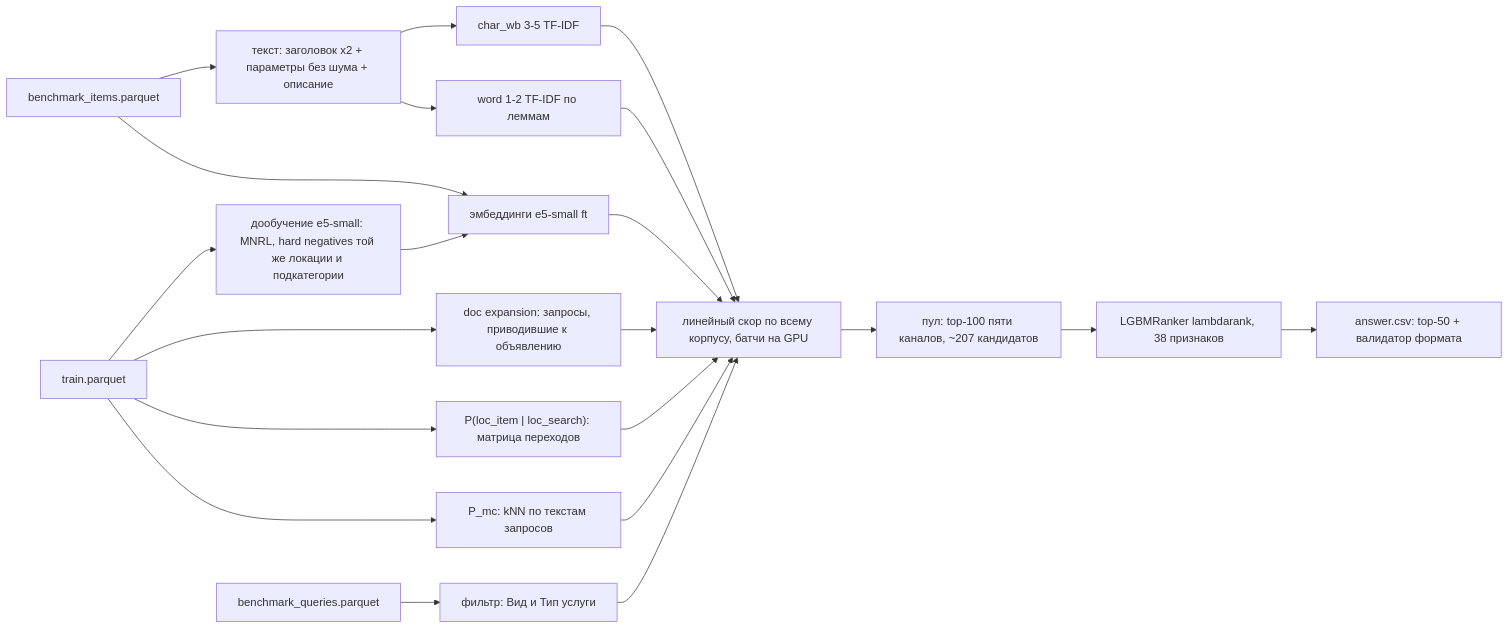
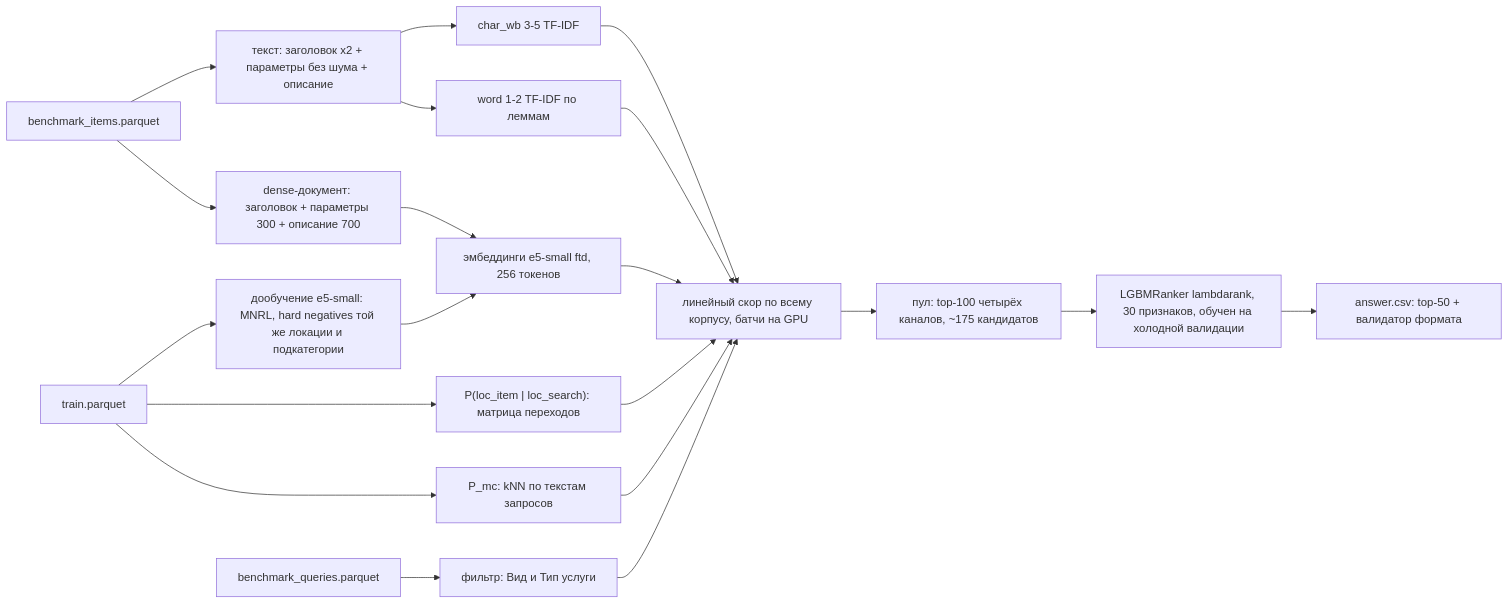
Before and after one commit to AStrateg2509/avito-candgen: the diagram in README.md, drawn with Mermaid. The commit also changed other lines of this file and 7 other files, not shown here.

````diff
--- a/README.md
+++ b/README.md
@@ -22,23 +33,22 @@
 ```mermaid
 flowchart LR
     T["train.parquet"] --> FT["дообучение e5-small: MNRL, hard negatives той же локации и подкатегории"]
-    T --> EXP["doc expansion: запросы, приводившие к объявлению"]
     T --> PLOC["P(loc_item | loc_search): матрица переходов"]
     T --> PMC["P_mc: kNN по текстам запросов"]
     I["benchmark_items.parquet"] --> DOC["текст: заголовок x2 + параметры без шума + описание"]
     DOC --> CHAR["char_wb 3-5 TF-IDF"]
     DOC --> WORD["word 1-2 TF-IDF по леммам"]
-    I --> DENSE["эмбеддинги e5-small ft"]
+    I --> DDOC["dense-документ: заголовок + параметры 300 + описание 700"]
+    DDOC --> DENSE["эмбеддинги e5-small ftd, 256 токенов"]
     FT --> DENSE
     Q["benchmark_queries.parquet"] --> FIL["фильтр: Вид и Тип услуги"]
     CHAR --> LIN["линейный скор по всему корпусу, батчи на GPU"]
     WORD --> LIN
     DENSE --> LIN
-    EXP --> LIN
     PLOC --> LIN
     PMC --> LIN
     FIL --> LIN
-    LIN --> POOL["пул: top-100 пяти каналов, ~207 кандидатов"]
-    POOL --> RANK["LGBMRanker lambdarank, 38 признаков"]
+    LIN --> POOL["пул: top-100 четырёх каналов, ~175 кандидатов"]
+    POOL --> RANK["LGBMRanker lambdarank, 30 признаков, обучен на холодной валидации"]
     RANK --> ANS["answer.csv: top-50 + валидатор формата"]
 ```
````
